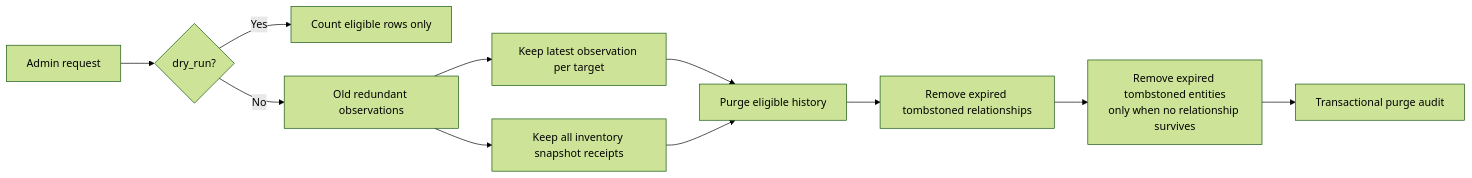
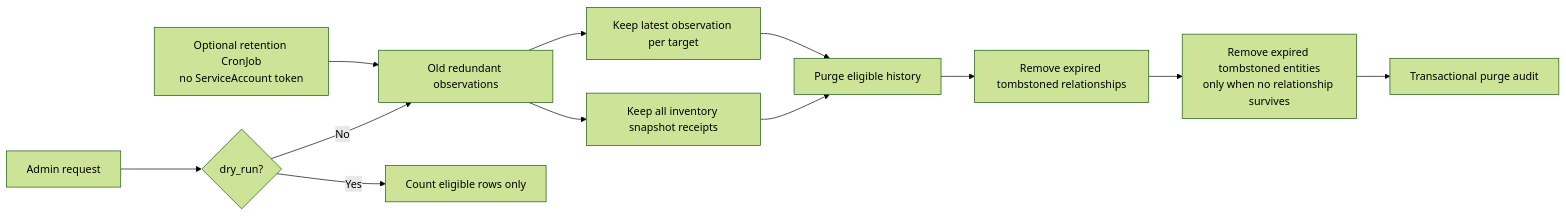
The fourth of 25 diagrams in docs/architecture.md (marcocristofolini/ai-sre-rca), drawn with Mermaid (forest theme) before and after one commit. The commit also changed other lines of this file, not shown here.

Commit message:
docs: add scheduled retention to architecture

````diff
--- a/docs/architecture.md
+++ b/docs/architecture.md
@@ -106,13 +106,14 @@
 ```mermaid
 flowchart LR
+    CRON[Optional retention CronJob<br/>no ServiceAccount token] --> OLD
     ADMIN[Admin request] --> PREVIEW{dry_run?}
     PREVIEW -->|Yes| COUNT[Count eligible rows only]
     PREVIEW -->|No| OLD[Old redundant observations]
     OLD --> KEEP[Keep latest observation per target]
     OLD --> RECEIPT[Keep all inventory snapshot receipts]
     KEEP --> PURGE[Purge eligible history]
     RECEIPT --> PURGE
     PURGE --> REL[Remove expired tombstoned relationships]
     REL --> ENT[Remove expired tombstoned entities<br/>only when no relationship survives]
     ENT --> AUDIT[Transactional purge audit]
 ```
````
